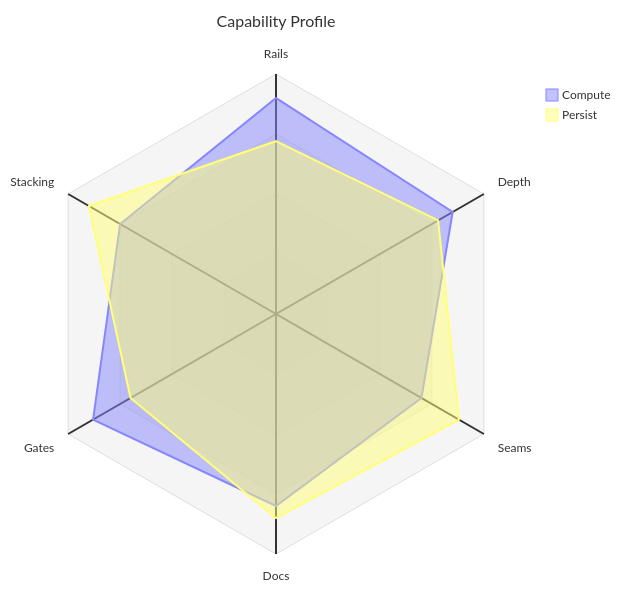
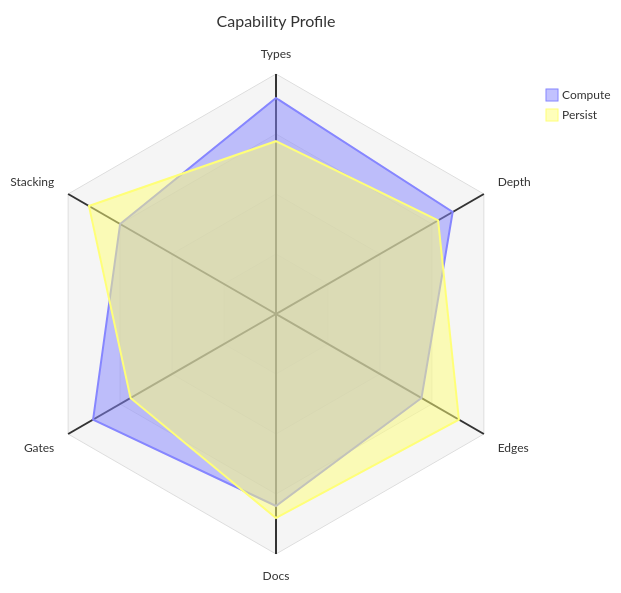
One commit to bsamiee/Rasm changed the diagram in .claude/skills/mermaid-diagramming/templates/profile.mmd.md. Above: the diagram before and after it, drawn with Mermaid. The commit also changed 1997 other files, not shown here.

````diff
--- a/.claude/skills/mermaid-diagramming/templates/profile.mmd.md
+++ b/.claude/skills/mermaid-diagramming/templates/profile.mmd.md
@@ -5,24 +5,24 @@
 ```mermaid
 ---
 config:
   radar:
     width: 480
     height: 480
     marginLeft: 120
     marginRight: 120
     marginTop: 60
     marginBottom: 60
 ---
 radar-beta
   accTitle: Package capability profile
   accDescr: The compute kernel and persistence layer compared across six capability axes scored from the corpus audit on the 0-100 band.
   title Capability Profile
-  axis rails["Rails"], depth["Depth"], seams["Seams"], docs["Docs"], gates["Gates"], stack["Stacking"]
-  curve compute["Compute"]{ rails: 90, depth: 85, seams: 70, docs: 80, gates: 88, stack: 75 }
-  curve persist["Persist"]{ rails: 72, depth: 78, seams: 88, docs: 85, gates: 70, stack: 90 }
+  axis types["Types"], depth["Depth"], edges["Edges"], docs["Docs"], gates["Gates"], stack["Stacking"]
+  curve compute["Compute"]{ types: 90, depth: 85, edges: 70, docs: 80, gates: 88, stack: 75 }
+  curve persist["Persist"]{ types: 72, depth: 78, edges: 88, docs: 85, gates: 70, stack: 90 }
   showLegend true
   graticule polygon
   ticks 4
   max 100
   min 0
 ```
````
